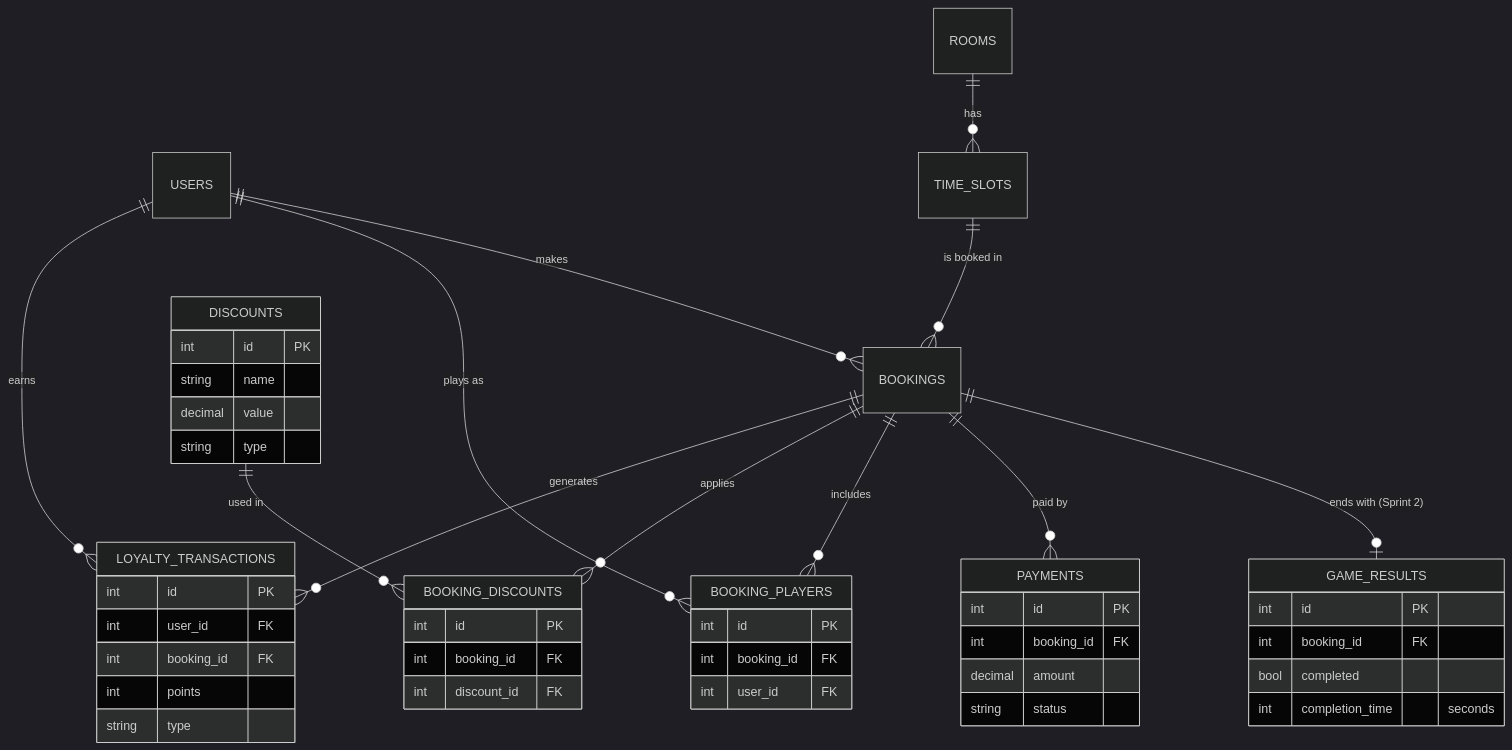
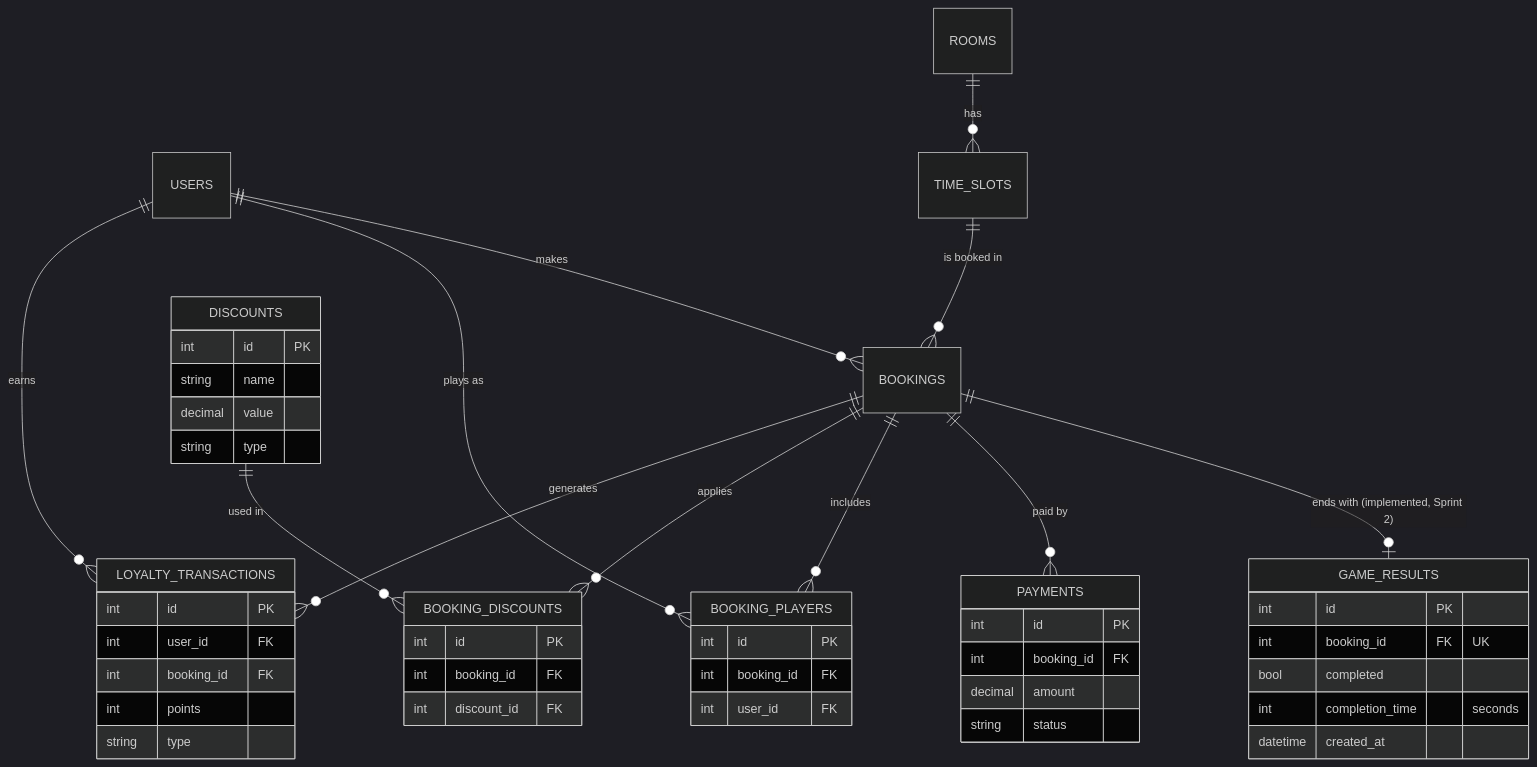
The second of 7 diagrams in docs/DIAGRAMS.md (IA-P1-BCN/g5-python-crud-api), drawn with Mermaid (dark theme) before and after one commit. The commit also changed other lines of this file and 3 other files, not shown here.

Commit message:
docs: update docs for game results and history

````diff
--- a/docs/DIAGRAMS.md
+++ b/docs/DIAGRAMS.md
@@ -55,50 +63,51 @@
 ```mermaid
 erDiagram
     USERS ||--o{ BOOKINGS : makes
     ROOMS ||--o{ TIME_SLOTS : has
     TIME_SLOTS ||--o{ BOOKINGS : "is booked in"
-    BOOKINGS ||--o| GAME_RESULTS : "ends with (Sprint 2)"
+    BOOKINGS ||--o| GAME_RESULTS : "ends with (implemented, Sprint 2)"
     BOOKINGS ||--o{ PAYMENTS : "paid by"
     BOOKINGS ||--o{ BOOKING_PLAYERS : includes
     USERS ||--o{ BOOKING_PLAYERS : "plays as"
     BOOKINGS ||--o{ BOOKING_DISCOUNTS : applies
     DISCOUNTS ||--o{ BOOKING_DISCOUNTS : "used in"
     USERS ||--o{ LOYALTY_TRANSACTIONS : earns
     BOOKINGS ||--o{ LOYALTY_TRANSACTIONS : generates
 
     GAME_RESULTS {
         int id PK
-        int booking_id FK
+        int booking_id FK "UK"
         bool completed
         int completion_time "seconds"
+        datetime created_at
     }
     PAYMENTS {
         int id PK
         int booking_id FK
         decimal amount
         string status
     }
     BOOKING_PLAYERS {
         int id PK
         int booking_id FK
         int user_id FK
     }
     DISCOUNTS {
         int id PK
         string name
         decimal value
         string type
     }
     BOOKING_DISCOUNTS {
         int id PK
         int booking_id FK
         int discount_id FK
     }
     LOYALTY_TRANSACTIONS {
         int id PK
         int user_id FK
         int booking_id FK
         int points
         string type
     }
 ```
````
